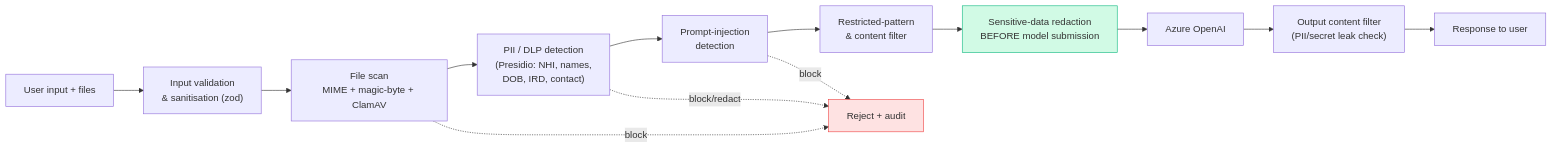
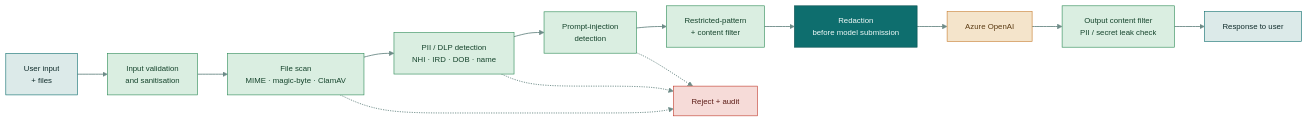
Before and after one commit to shankasf/small_migration: the fourth of 6 diagrams in ARCHITECTURE.md, drawn with Mermaid. The commit also changed other lines of this file and 3 other files, not shown here.

First line of the commit message:
feat(architecture): Render Mermaid diagrams as embedded images in docx

````diff
--- a/ARCHITECTURE.md
+++ b/ARCHITECTURE.md
@@ -293,17 +308,26 @@
 ```mermaid
-graph LR
-    IN["User input + files"] --> V1["Input validation<br/>& sanitisation (zod)"]
-    V1 --> V2["File scan<br/>MIME + magic-byte + ClamAV"]
-    V2 --> V3["PII / DLP detection<br/>(Presidio: NHI, names,<br/>DOB, IRD, contact)"]
-    V3 --> V4["Prompt-injection<br/>detection"]
-    V4 --> V5["Restricted-pattern<br/>& content filter"]
-    V5 --> V6["Sensitive-data redaction<br/>BEFORE model submission"]
-    V6 --> M["Azure OpenAI"]
-    M --> O1["Output content filter<br/>(PII/secret leak check)"]
-    O1 --> OUT["Response to user"]
-    V2 -. block .-> BLK["Reject + audit"]
-    V3 -. block/redact .-> BLK
-    V4 -. block .-> BLK
-    style BLK fill:#fee2e2,stroke:#ef4444
-    style V6 fill:#d1fae5,stroke:#10b981
+%%{init:{'theme':'base','themeVariables':{'fontFamily':'Helvetica,Arial,sans-serif','fontSize':'13px','lineColor':'#6E8C88'}}}%%
+flowchart LR
+  IN["User input<br/>+ files"]:::zone
+  V1["Input validation<br/>and sanitisation"]:::ctrl
+  V2["File scan<br/>MIME · magic-byte · ClamAV"]:::ctrl
+  V3["PII / DLP detection<br/>NHI · IRD · DOB · name"]:::ctrl
+  V4["Prompt-injection<br/>detection"]:::ctrl
+  V5["Restricted-pattern<br/>+ content filter"]:::ctrl
+  V6["Redaction<br/>before model submission"]:::app
+  M["Azure OpenAI"]:::ext
+  O1["Output content filter<br/>PII / secret leak check"]:::ctrl
+  OUT["Response to user"]:::zone
+  BLK["Reject + audit"]:::block
+  IN --> V1 --> V2 --> V3 --> V4 --> V5 --> V6 --> M --> O1 --> OUT
+  V2 -.-> BLK
+  V3 -.-> BLK
+  V4 -.-> BLK
+
+  classDef zone fill:#DCEAE9,stroke:#0E6E6E,color:#0F2B2A;
+  classDef app fill:#0E6E6E,stroke:#0A5252,color:#F2FBFA;
+  classDef ctrl fill:#DAEEE1,stroke:#2E8B57,color:#14432B;
+  classDef ext fill:#F4E4CB,stroke:#C77D2E,color:#5A3A12;
+  classDef block fill:#F6DBD8,stroke:#C0392B,color:#5A1A14;
+  linkStyle default stroke:#6E8C88,stroke-width:1.5px;
 ```
````
